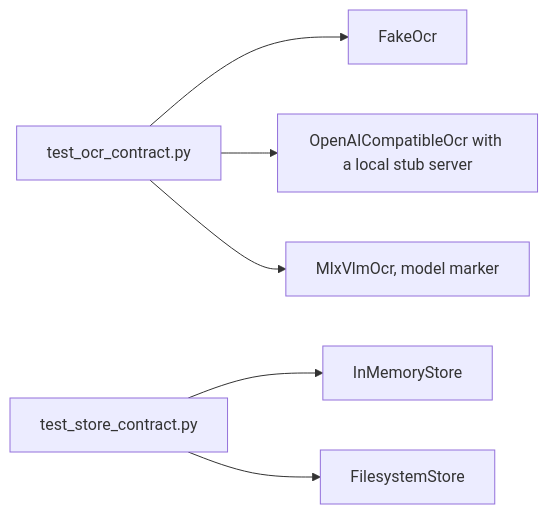
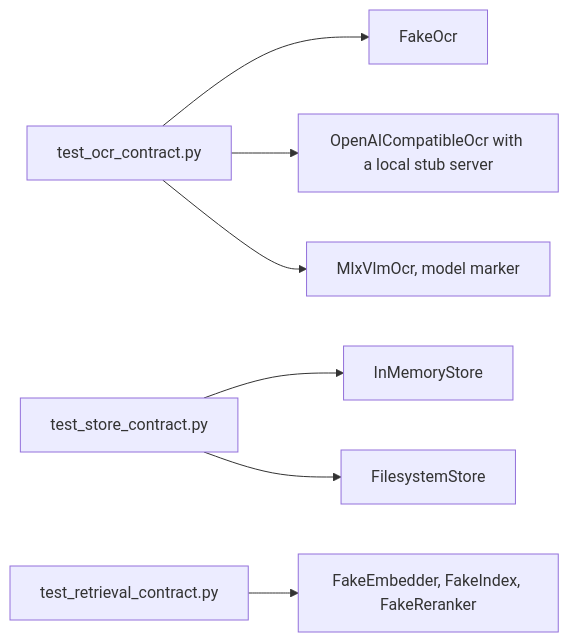
Before and after one commit to etxsA/doc-ingest: the fourth of 4 diagrams in packages/docingest/tests/README.md, drawn with Mermaid. The commit also changed other lines of this file and 21 other files, not shown here.

First line of the commit message:
feat(ports): Embedder, ChunkIndex and Reranker with built-in none adapters

````diff
--- a/packages/docingest/tests/README.md
+++ b/packages/docingest/tests/README.md
@@ -335,8 +339,9 @@
 ```mermaid
 flowchart LR
     OT["test_ocr_contract.py"] --> F1["FakeOcr"]
     OT --> F2["OpenAICompatibleOcr with a local stub server"]
     OT --> F3["MlxVlmOcr, model marker"]
     ST["test_store_contract.py"] --> S1["InMemoryStore"]
     ST --> S2["FilesystemStore"]
+    RT["test_retrieval_contract.py"] --> R1["FakeEmbedder, FakeIndex, FakeReranker"]
 ```
````
